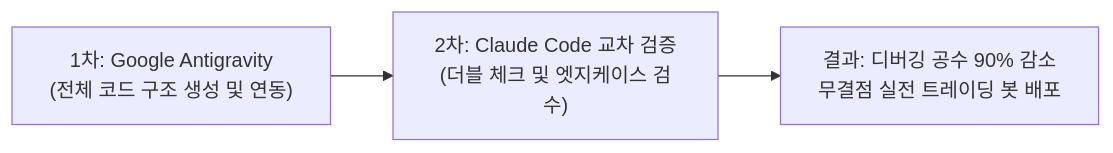
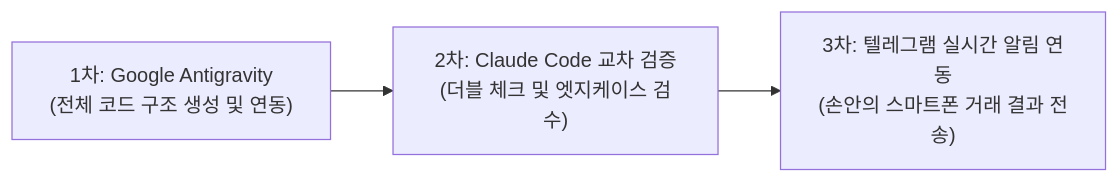
Before and after one commit to hyh54311-dev/jinhae-admission-system: the second of 2 diagrams in retirement_savings_dual_momentum_guide.md, drawn with Mermaid. The commit also changed other lines of this file, not shown here.

````diff
--- a/retirement_savings_dual_momentum_guide.md
+++ b/retirement_savings_dual_momentum_guide.md
@@ -158,5 +158,5 @@
 ```mermaid
 graph LR
     A["1차: Google Antigravity<br>(전체 코드 구조 생성 및 연동)"] --> B["2차: Claude Code 교차 검증<br>(더블 체크 및 엣지케이스 검수)"]
-    B --> C["결과: 디버깅 공수 90% 감소<br>무결점 실전 트레이딩 봇 배포"]
+    B --> C["3차: 텔레그램 실시간 알림 연동<br>(손안의 스마트폰 거래 결과 전송)"]
 ```
````
